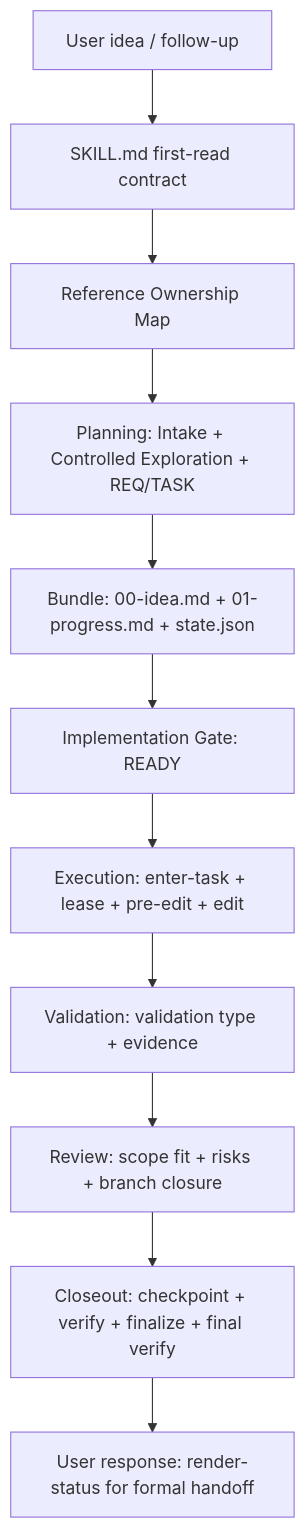
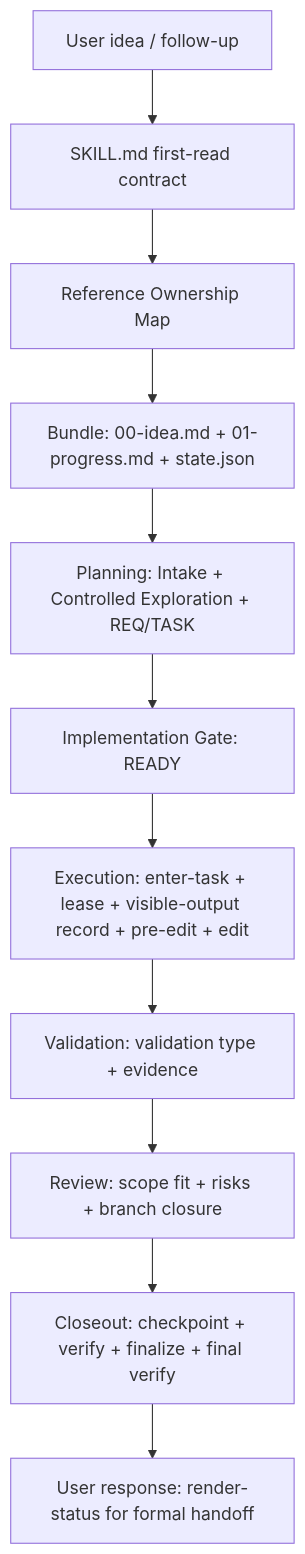
The first of 2 diagrams in skills/idea-to-code/SKILL.md (junsierqi/idea-to-code), drawn with Mermaid before and after one commit. The commit also changed other lines of this file and 7 other files, not shown here.

````diff
--- a/skills/idea-to-code/SKILL.md
+++ b/skills/idea-to-code/SKILL.md
@@ -57,13 +58,13 @@
 ```mermaid
 flowchart TD
   U[User idea / follow-up] --> S[SKILL.md first-read contract]
   S --> R[Reference Ownership Map]
-  R --> P[Planning: Intake + Controlled Exploration + REQ/TASK]
-  P --> B[Bundle: 00-idea.md + 01-progress.md + state.json]
-  B --> G[Implementation Gate: READY]
-  G --> E[Execution: enter-task + lease + pre-edit + edit]
+  R --> B[Bundle: 00-idea.md + 01-progress.md + state.json]
+  B --> P[Planning: Intake + Controlled Exploration + REQ/TASK]
+  P --> G[Implementation Gate: READY]
+  G --> E[Execution: enter-task + lease + visible-output record + pre-edit + edit]
   E --> V[Validation: validation type + evidence]
   V --> RV[Review: scope fit + risks + branch closure]
   RV --> C[Closeout: checkpoint + verify + finalize + final verify]
   C --> O[User response: render-status for formal handoff]
 ```
````
